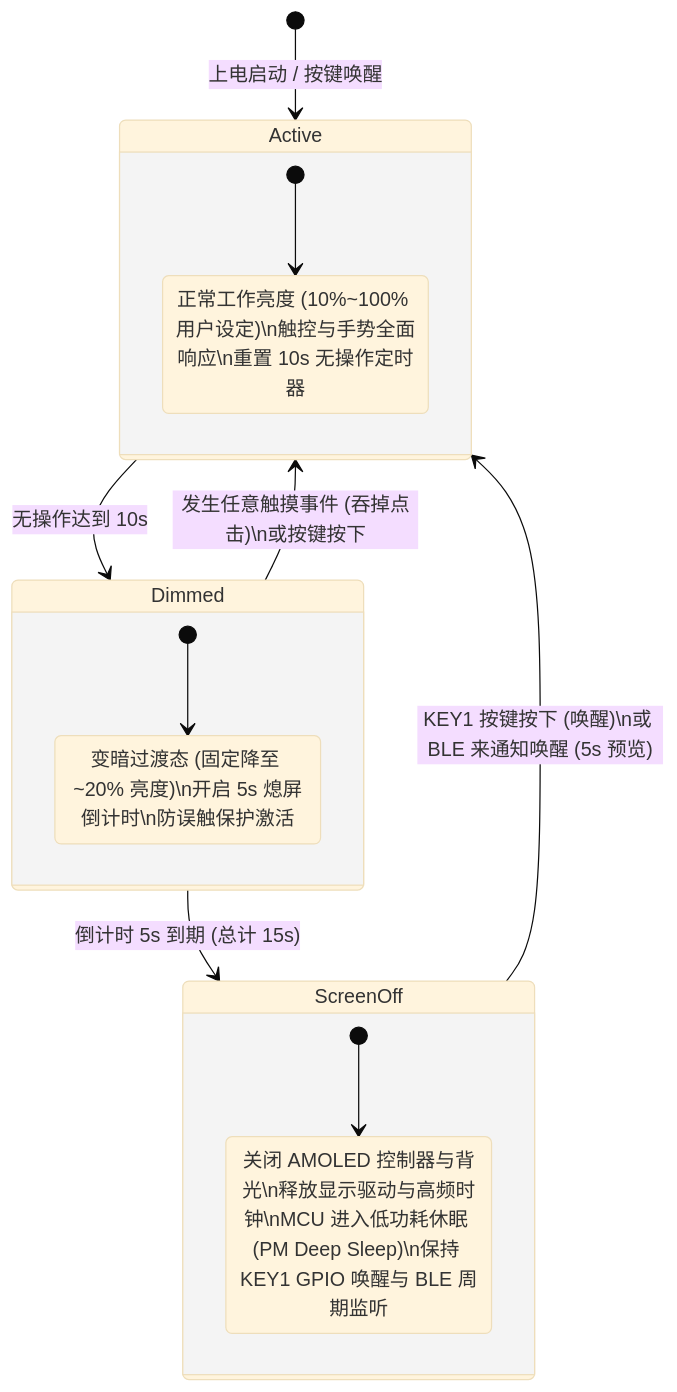
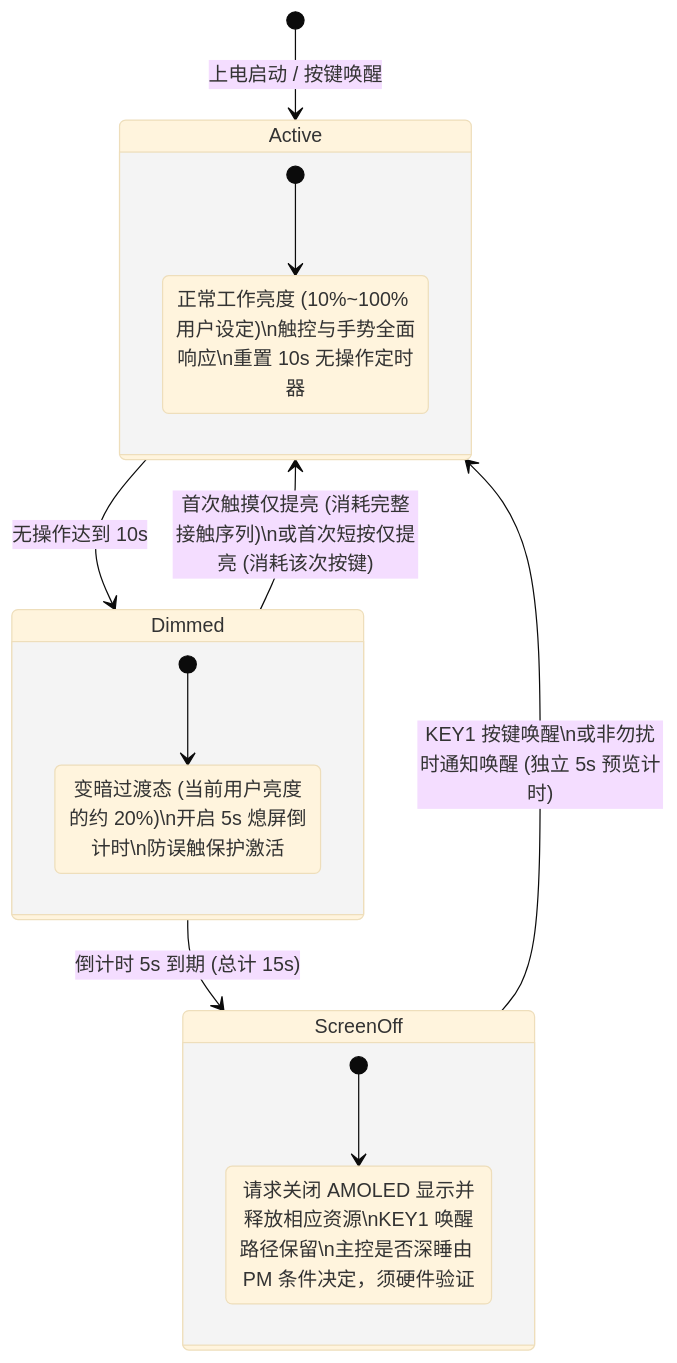
Before and after one commit to e-n-ye/wristflow: the second of 3 diagrams in docs/UI-INTERACTION.md, drawn with Mermaid (base theme). The commit also changed other lines of this file and 3 other files, not shown here.

````diff
--- a/docs/UI-INTERACTION.md
+++ b/docs/UI-INTERACTION.md
@@ -136,26 +139,26 @@
 ```mermaid
 stateDiagram-v2
     [*] --> Active: 上电启动 / 按键唤醒
 
     state Active {
         [*] --> NormalBrightness
         NormalBrightness: 正常工作亮度 (10%~100% 用户设定)\n触控与手势全面响应\n重置 10s 无操作定时器
     }
 
     Active --> Dimmed: 无操作达到 10s
 
     state Dimmed {
         [*] --> LowBrightness
-        LowBrightness: 变暗过渡态 (固定降至 ~20% 亮度)\n开启 5s 熄屏倒计时\n防误触保护激活
+        LowBrightness: 变暗过渡态 (当前用户亮度的约 20%)\n开启 5s 熄屏倒计时\n防误触保护激活
     }
 
-    Dimmed --> Active: 发生任意触摸事件 (吞掉点击)\n或按键按下
+    Dimmed --> Active: 首次触摸仅提亮 (消耗完整接触序列)\n或首次短按仅提亮 (消耗该次按键)
     Dimmed --> ScreenOff: 倒计时 5s 到期 (总计 15s)
 
     state ScreenOff {
-        [*] --> DeepSleep
-        DeepSleep: 关闭 AMOLED 控制器与背光\n释放显示驱动与高频时钟\nMCU 进入低功耗休眠 (PM Deep Sleep)\n保持 KEY1 GPIO 唤醒与 BLE 周期监听
+        [*] --> DisplayOff
+        DisplayOff: 请求关闭 AMOLED 显示并释放相应资源\nKEY1 唤醒路径保留\n主控是否深睡由 PM 条件决定，须硬件验证
     }
 
-    ScreenOff --> Active: KEY1 按键按下 (唤醒)\n或 BLE 来通知唤醒 (5s 预览)
+    ScreenOff --> Active: KEY1 按键唤醒\n或非勿扰时通知唤醒 (独立 5s 预览计时)
 ```
````
